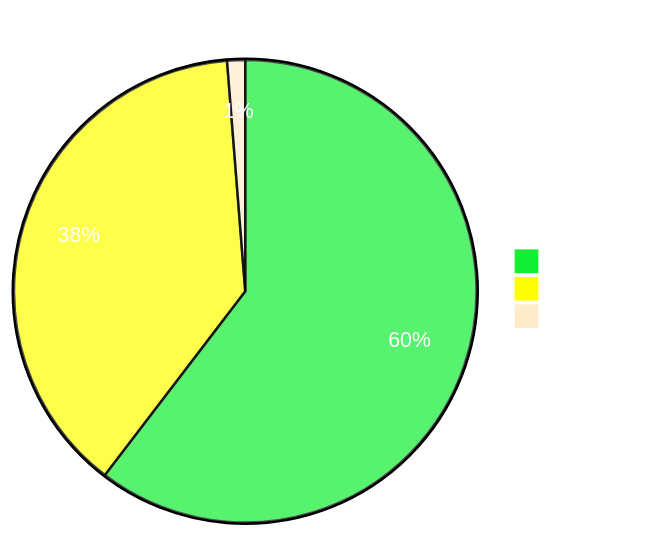
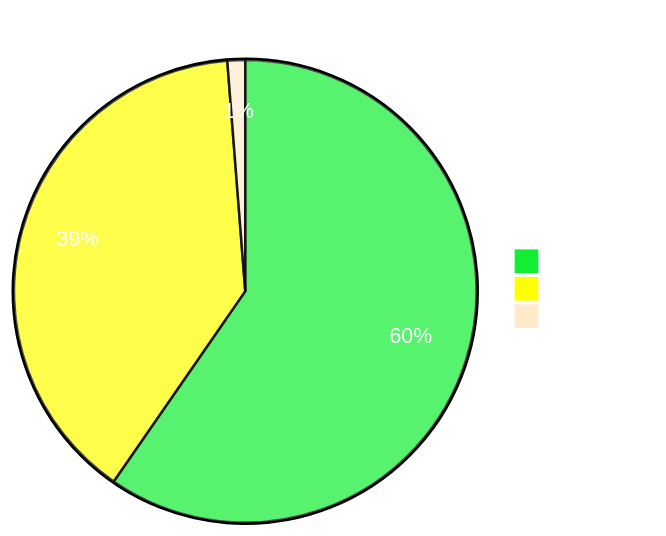
One commit to sumanthtatipamula/Programming changed the diagram in Readme.md. Above: the diagram before and after it, drawn with Mermaid.

Commit message:
Problems Solved on 28th Feb 2023

````diff
--- a/Readme.md
+++ b/Readme.md
@@ -23,20 +23,20 @@
 ```mermaid
 %%{
   init:
   {
     'theme': 'base',
     'themeVariables':
       {
         'primaryTextColor': '#fff',
         'pie1': '#1E3',
         'pie2': '#FFFF00',
         'pie3': '#ffebca'
       }
   }
 }%%
 pie showData
     title Problems Solved Per Tag
     "Tree" : 96
-    "Graphs": 61
+    "Graphs": 63
     "Arrays": 2
 ```
````
